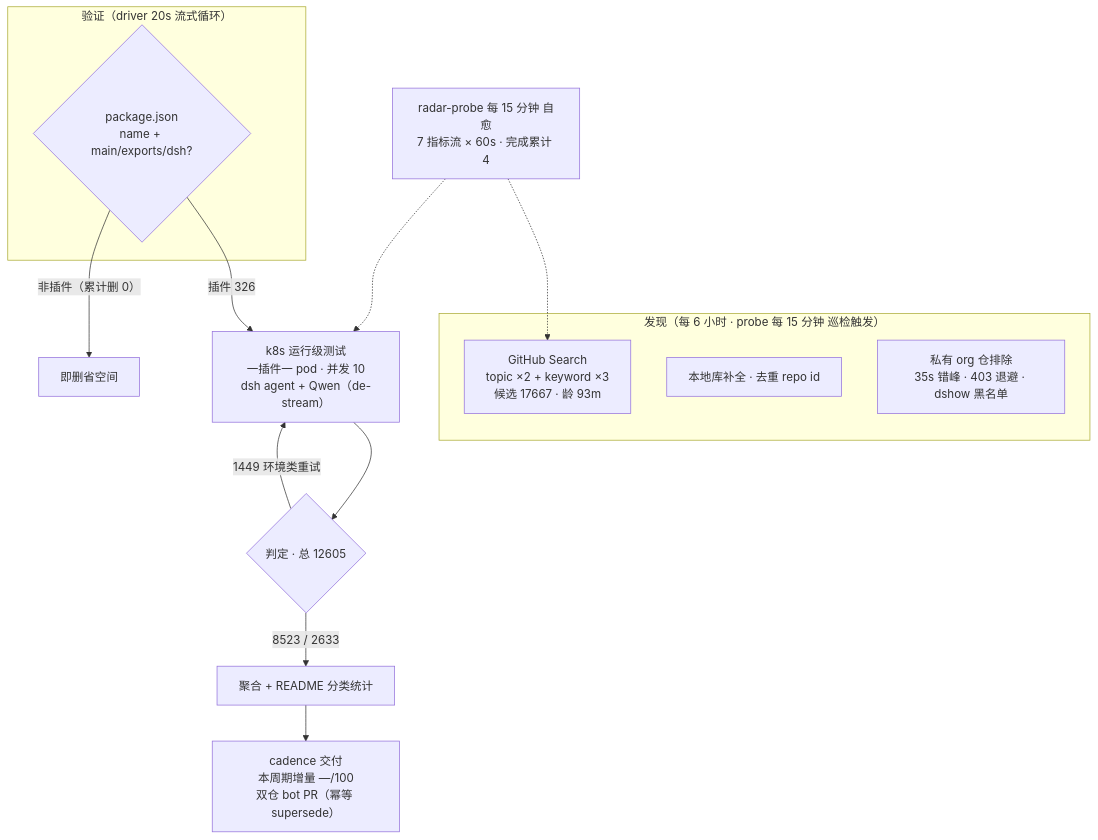
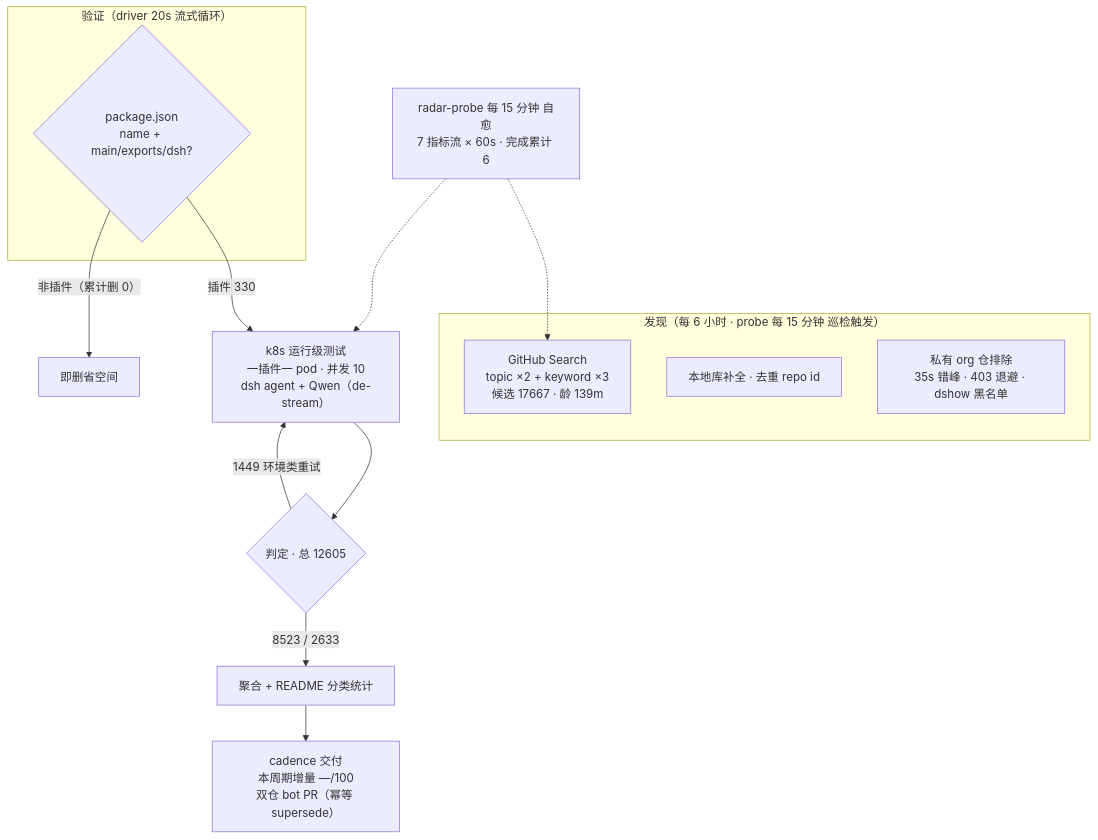
The diagram in README.md (AdamPlatin123/awesome-dsh-plugins), drawn with Mermaid before and after one commit. The commit also changed other lines of this file and 5 other files, not shown here.

````diff
--- a/README.md
+++ b/README.md
@@ -52,20 +52,20 @@
 ```mermaid
 flowchart TB
     subgraph Discovery["发现（每 6 小时 · probe 每 15 分钟 巡检触发）"]
-        A1["GitHub Search<br/>topic ×2 + keyword ×3<br/>候选 17667 · 龄 93m"]
+        A1["GitHub Search<br/>topic ×2 + keyword ×3<br/>候选 17667 · 龄 139m"]
         A2["本地库补全 · 去重 repo id"]
         A3["私有 org 仓排除<br/>35s 错峰 · 403 退避 · dshow 黑名单"]
     end
     subgraph Validation["验证（driver 20s 流式循环）"]
         B1{"package.json<br/>name + main/exports/dsh?"}
     end
-    B1 -->|"插件 326"| C1["k8s 运行级测试<br/>一插件一 pod · 并发 10<br/>dsh agent + Qwen（de-stream）"]
+    B1 -->|"插件 330"| C1["k8s 运行级测试<br/>一插件一 pod · 并发 10<br/>dsh agent + Qwen（de-stream）"]
     B1 -->|"非插件（累计删 0）"| B3["即删省空间"]
     C1 --> D1{"判定 · 总 12605"}
     D1 -->|"8523 / 2633"| E1["聚合 + README 分类统计"]
     D1 -->|"1449 环境类重试"| C1
     E1 --> E2["cadence 交付<br/>本周期增量 —/100<br/>双仓 bot PR（幂等 supersede）"]
-    M["radar-probe 每 15 分钟 自愈<br/>7 指标流 × 60s · 完成累计 4"]
+    M["radar-probe 每 15 分钟 自愈<br/>7 指标流 × 60s · 完成累计 6"]
     M -.-> A1
     M -.-> C1
 ```
````
